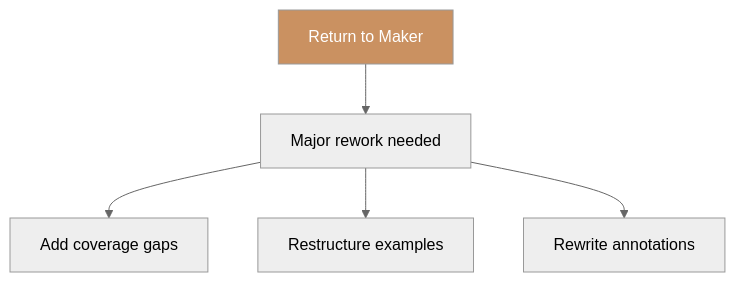
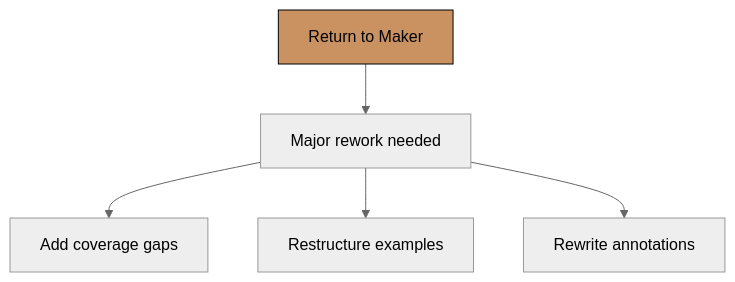
Before and after one commit to wahidyankf/ose-public: the second of 2 diagrams in repo-governance/workflows/ayokoding-web/ayokoding-web-swe-by-example-quality-gate/003-user-review.md, drawn with Mermaid (neutral theme). The commit also changed other lines of this file and 90 other files, not shown here.

First line of the commit message:
docs(governance): make repo-governance diagrams accessible

````diff
--- a/repo-governance/workflows/ayokoding-web/ayokoding-web-swe-by-example-quality-gate/003-user-review.md
+++ b/repo-governance/workflows/ayokoding-web/ayokoding-web-swe-by-example-quality-gate/003-user-review.md
@@ -61,9 +66,12 @@
 ```mermaid
 graph TD
+    accTitle: 3. User Review (Manual Decision Point) (2)
+    accDescr: Return to Maker leads to Major rework needed; Major rework needed leads to Add coverage gaps; Major rework needed leads to Restructure examples; Major rework needed leads to Rewrite annotations.
     C[Return to Maker] --> G[Major rework needed]
     G --> H[Add coverage gaps]
     G --> I[Restructure examples]
     G --> J[Rewrite annotations]
 
-    style C fill:#CA9161,color:#fff
+    classDef brown fill:#CA9161,stroke:#000000,color:#000000
+    class C brown
 ```
````
